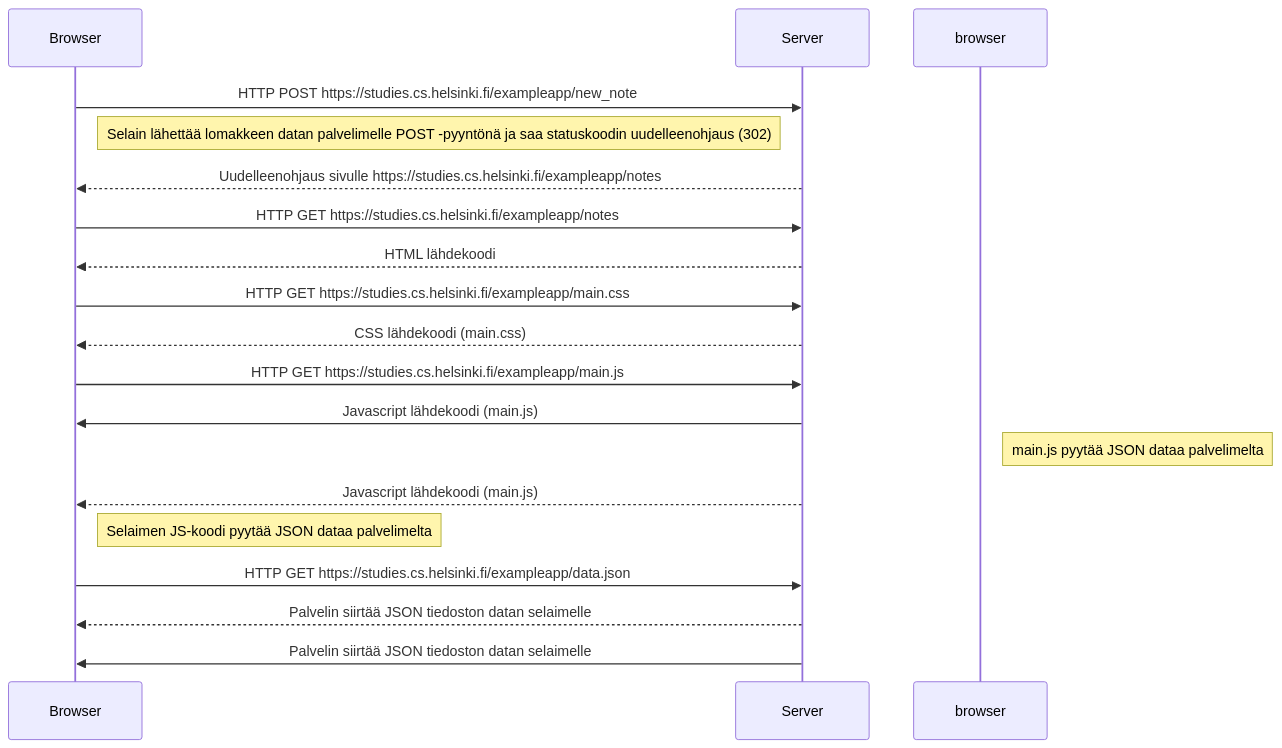
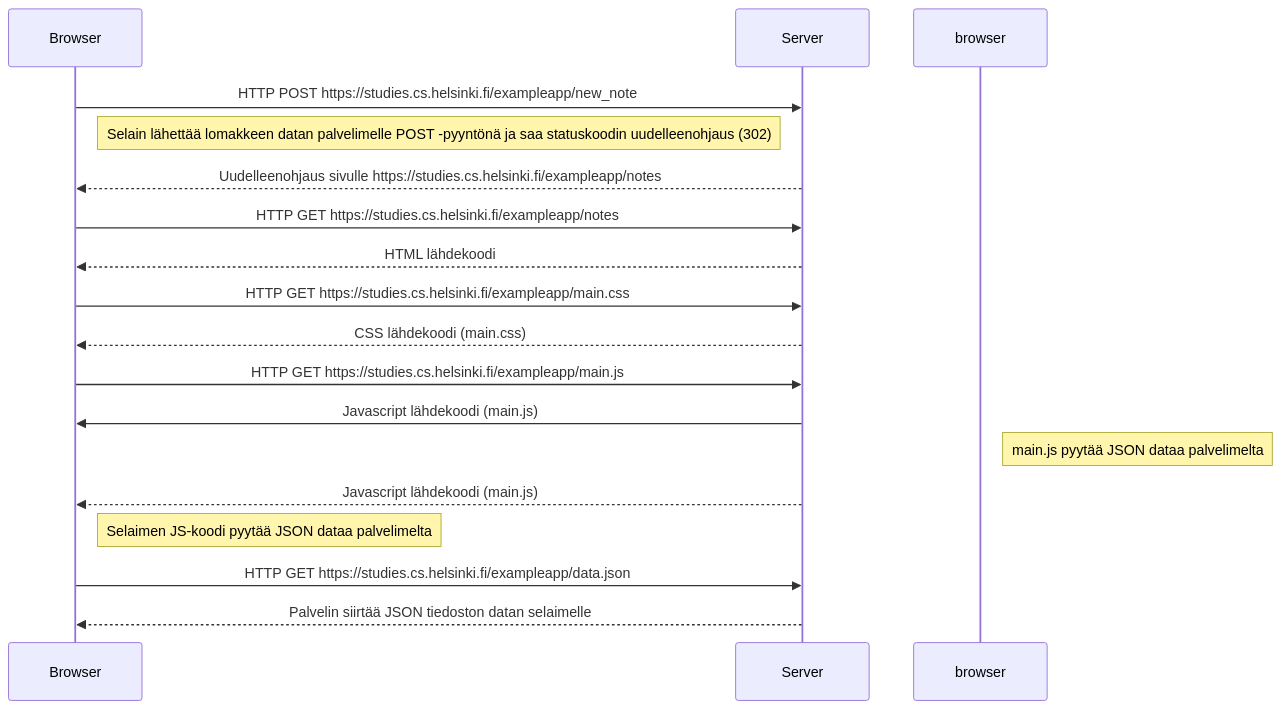
Before and after one commit to saaskilahtij/fullstackopen: the diagram in osa0/tehtava0.4.md, drawn with Mermaid.

````diff
--- a/osa0/tehtava0.4.md
+++ b/osa0/tehtava0.4.md
@@ -1,22 +1,21 @@
 ```mermaid
 
 sequenceDiagram
 
   Browser ->> Server: HTTP POST https://studies.cs.helsinki.fi/exampleapp/new_note
   Note right of Browser: Selain lähettää lomakkeen datan palvelimelle POST -pyyntönä ja saa statuskoodin uudelleenohjaus (302)
   Server -->> Browser: Uudelleenohjaus sivulle https://studies.cs.helsinki.fi/exampleapp/notes
   Browser ->> Server: HTTP GET https://studies.cs.helsinki.fi/exampleapp/notes
   Server -->> Browser: HTML lähdekoodi
   Browser ->> Server: HTTP GET https://studies.cs.helsinki.fi/exampleapp/main.css
   Server -->> Browser: CSS lähdekoodi (main.css)
   Browser ->> Server: HTTP GET https://studies.cs.helsinki.fi/exampleapp/main.js
   Server ->> Browser: Javascript lähdekoodi (main.js)
   Note right of browser: main.js pyytää JSON dataa palvelimelta
   Server -->> Browser: Javascript lähdekoodi (main.js)
   Note right of Browser: Selaimen JS-koodi pyytää JSON dataa palvelimelta
+  
   Browser ->> Server: HTTP GET https://studies.cs.helsinki.fi/exampleapp/data.json
   Server -->> Browser: Palvelin siirtää JSON tiedoston datan selaimelle
-  
-  Server ->> Browser: Palvelin siirtää JSON tiedoston datan selaimelle
 
 ```
````
